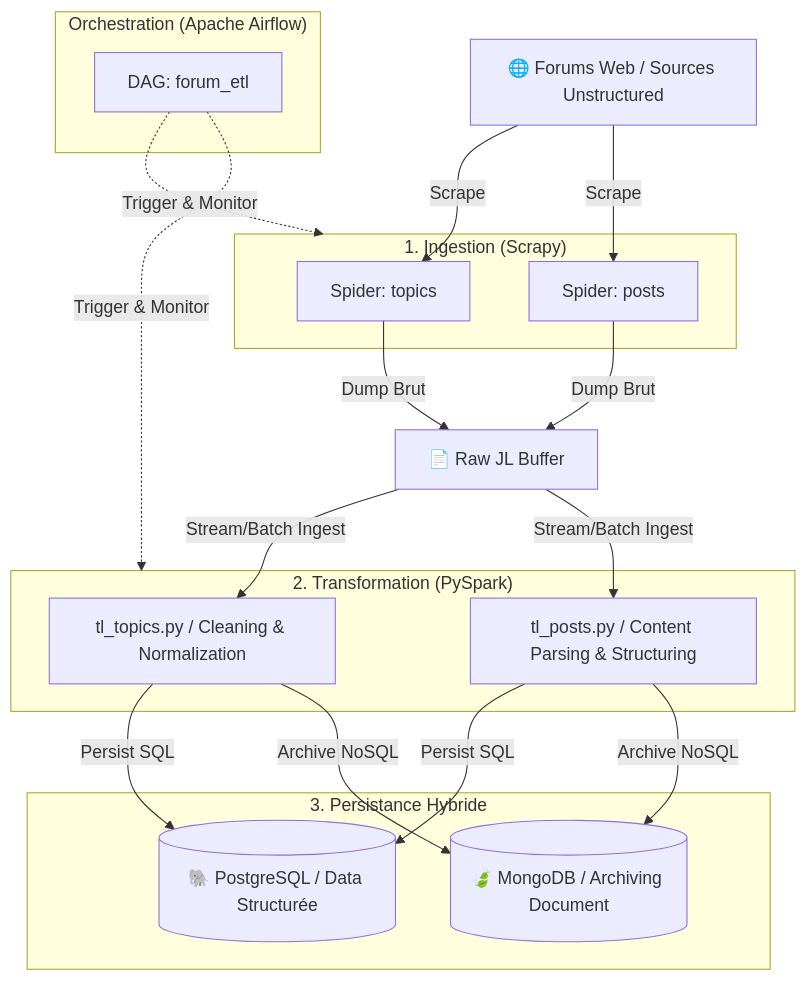
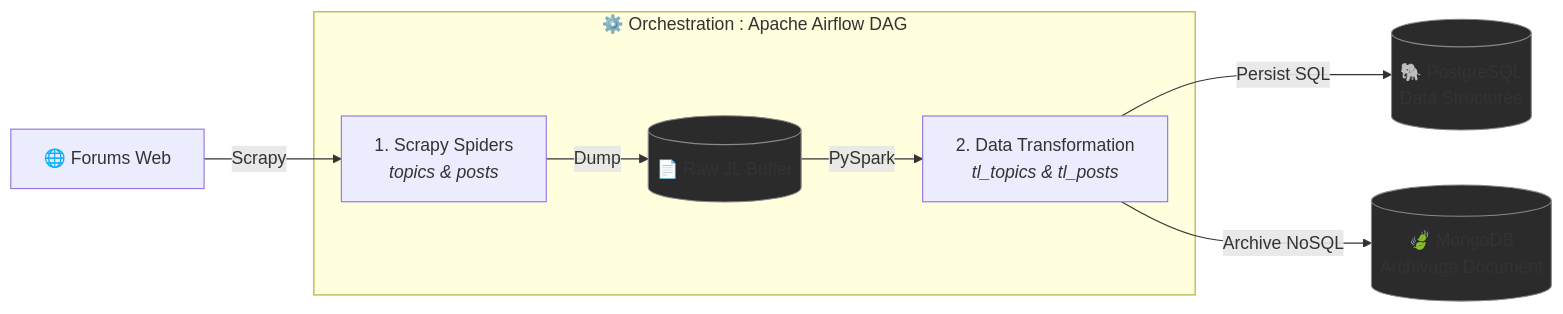
One commit to BTBMortier/project-boucle changed the diagram in README.md. Above: the diagram before and after it, drawn with Mermaid. The commit also changed other lines of this file, not shown here.

````diff
--- a/README.md
+++ b/README.md
@@ -22,42 +22,18 @@
 ```mermaid
-graph TD
-    %% Source
-    WEB[🌐 Forums Web / Sources Unstructured]
+graph LR
+    WEB[🌐 Forums Web] -->|Scrapy| INGEST[1. Scrapy Spiders<br/><i>topics & posts</i>]
+    INGEST -->|Dump| RAW[(📄 Raw JL Buffer)]
+    RAW -->|PySpark| SPARK[2. Data Transformation<br/><i>tl_topics & tl_posts</i>]
+    
+    SPARK -->|Persist SQL| PG[(🐘 PostgreSQL<br/>Data Structurée)]
+    SPARK -->|Archive NoSQL| MONGO[(🍃 MongoDB<br/>Archivage Document)]
 
-    %% Ingestion
-    subgraph Ingestion ["1. Ingestion (Scrapy)"]
-        SP_T[Spider: topics]
-        SP_P[Spider: posts]
+    subgraph AIRFLOW [⚙️ Orchestration : Apache Airflow DAG]
+        INGEST
+        RAW
+        SPARK
     end
 
-    %% Storage Temp
-    RAW[📄 Raw JL Buffer]
-
-    %% Processing
-    subgraph Processing ["2. Transformation (PySpark)"]
-        TL_T[tl_topics.py / Cleaning & Normalization]
-        TL_P[tl_posts.py / Content Parsing & Structuring]
-    end
-
-    %% Persistence
-    subgraph Persistence ["3. Persistance Hybride"]
-        PG[(🐘 PostgreSQL / Data Structurée)]
-        MG[(🍃 MongoDB / Archiving Document)]
-    end
-
-    %% Flow Relations
-    WEB -->|Scrape| SP_T & SP_P
-    SP_T & SP_P -->|Dump Brut| RAW
-    RAW -->|Stream/Batch Ingest| TL_T & TL_P
-    TL_T & TL_P -->|Persist SQL| PG
-    TL_T & TL_P -->|Archive NoSQL| MG
-
-    %% Orchestration Overlay
-    subgraph Control [" Orchestration (Apache Airflow) "]
-        DAG[DAG: forum_etl]
-    end
-
-    DAG -.->|Trigger & Monitor| Ingestion
-    DAG -.->|Trigger & Monitor| Processing
-
+    classDef storage fill:#2b2b2b,stroke:#888,stroke-width:1px;
+    class PG,MONGO,RAW storage;
 ```
````
